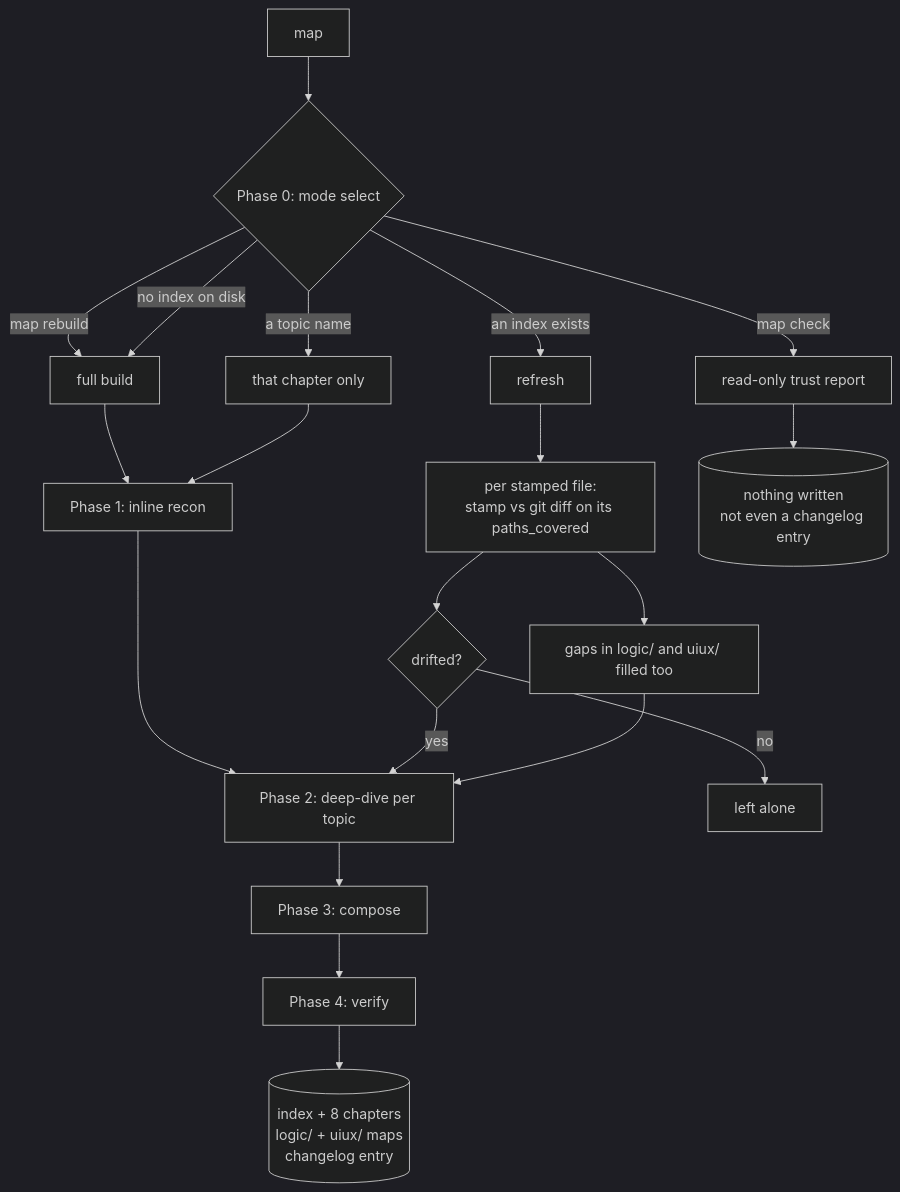
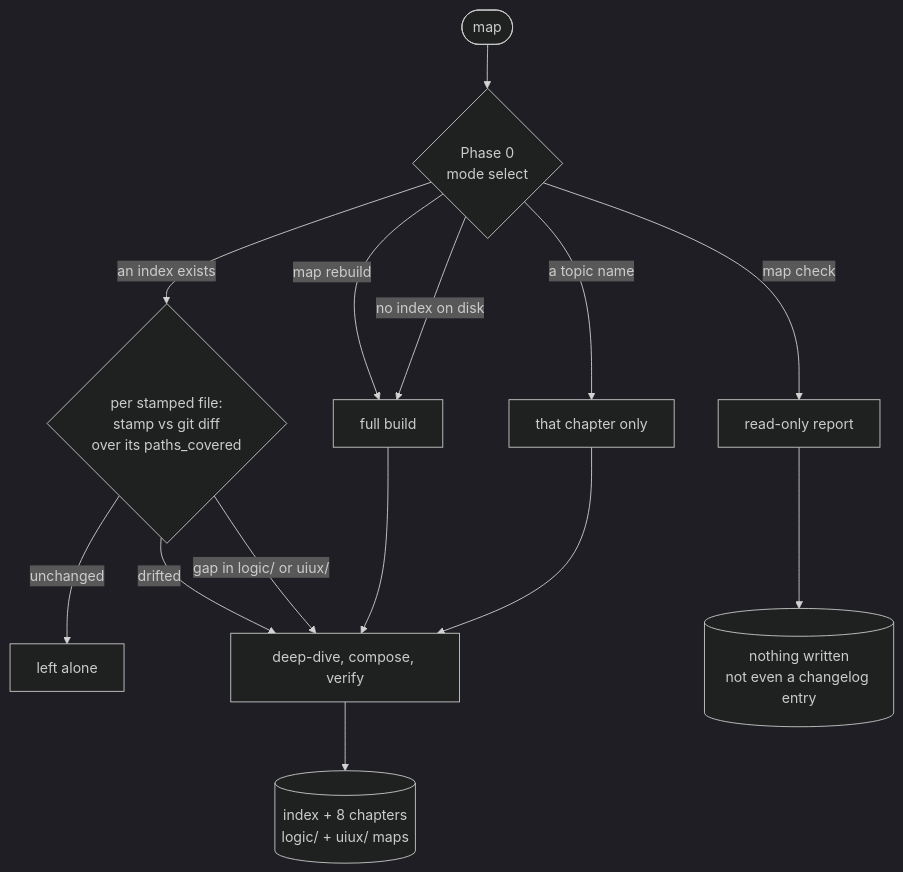
Before and after one commit to GentBajko/capstone: the first of 3 diagrams in docs/flows.md, drawn with Mermaid (dark theme). The commit also changed other lines of this file, not shown here.

First line of the commit message:
docs(flows): cut five diagrams that were worse than a list

````diff
--- a/docs/flows.md
+++ b/docs/flows.md
@@ -49,26 +39,19 @@
 ```mermaid
 flowchart TD
-  A["map"] --> B{"Phase 0: mode select"}
+  A(["map"]) --> B{"Phase 0<br/>mode select"}
 
-  B -->|"map check"| CHK["read-only trust report"]
+  B -->|"map check"| CHK["read-only report"]
   B -->|"a topic name"| ONE["that chapter only"]
-  B -->|"map rebuild"| FULL
-  B -->|"no index on disk"| FULL["full build"]
-  B -->|"an index exists"| REF["refresh"]
+  B -->|"map rebuild"| FULL["full build"]
+  B -->|"no index on disk"| FULL
+  B -->|"an index exists"| REF{"per stamped file:<br/>stamp vs git diff<br/>over its paths_covered"}
 
-  FULL --> P1["Phase 1: inline recon"]
-  ONE --> P1
-  P1 --> P2["Phase 2: deep-dive per topic"]
-  P2 --> P3["Phase 3: compose"]
-  P3 --> P4["Phase 4: verify"]
-  P4 --> OUT[("index + 8 chapters<br/>logic/ + uiux/ maps<br/>changelog entry")]
+  REF -->|"unchanged"| SKIP["left alone"]
+  REF -->|"drifted"| WRITE
+  REF -->|"gap in logic/ or uiux/"| WRITE
 
-  REF --> R1["per stamped file:<br/>stamp vs git diff on its paths_covered"]
-  R1 --> R2{"drifted?"}
-  R2 -->|"no"| SKIP["left alone"]
-  R2 -->|"yes"| P2
-  R1 --> R3["gaps in logic/ and uiux/ filled too"]
-  R3 --> P2
-
-  CHK --> CR[("nothing written<br/>not even a changelog entry")]
+  FULL --> WRITE["deep-dive, compose, verify"]
+  ONE --> WRITE
+  WRITE --> OUT[("index + 8 chapters<br/>logic/ + uiux/ maps")]
+  CHK --> NIL[("nothing written<br/>not even a changelog entry")]
 ```
````
